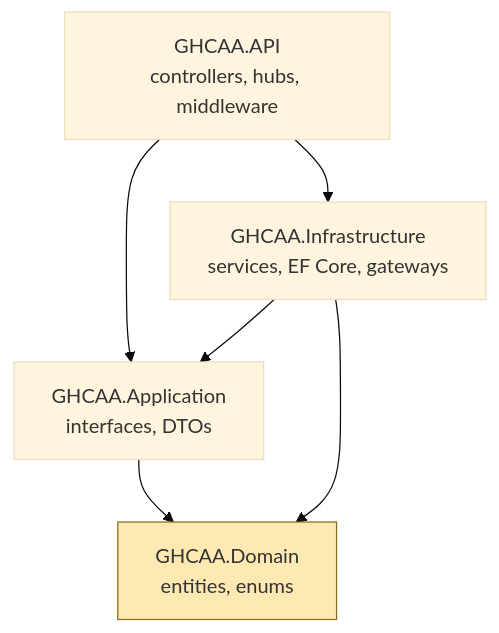
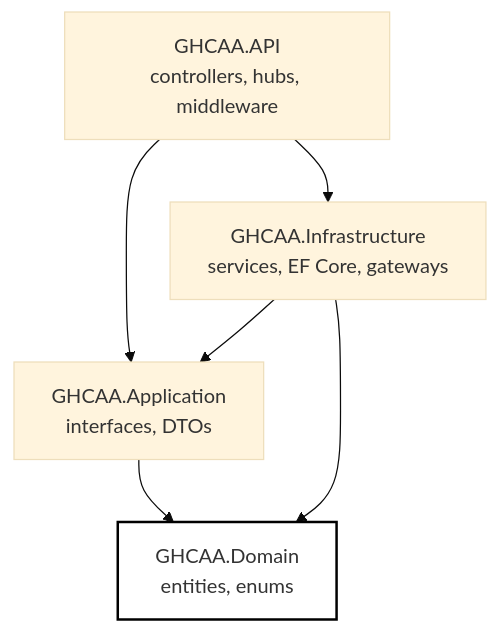
The second of 15 diagrams in docs/book/06-architecture.md (shalin-rahman/GHCAA), drawn with Mermaid (base theme) before and after one commit. The commit also changed other lines of this file and 35 other files, not shown here.

````diff
--- a/docs/book/06-architecture.md
+++ b/docs/book/06-architecture.md
@@ -671,9 +684,9 @@
 ```mermaid
 flowchart TB
     API["GHCAA.API<br/>controllers, hubs, middleware"] --> APP
     INF["GHCAA.Infrastructure<br/>services, EF Core, gateways"] --> APP["GHCAA.Application<br/>interfaces, DTOs"]
     INF --> DOM["GHCAA.Domain<br/>entities, enums"]
     APP --> DOM
     API --> INF
-    style DOM fill:#ffe9b3,stroke:#8a6d1f
+    style DOM fill:#ffffff,stroke:#000000,stroke-width:2px
 ```
````
